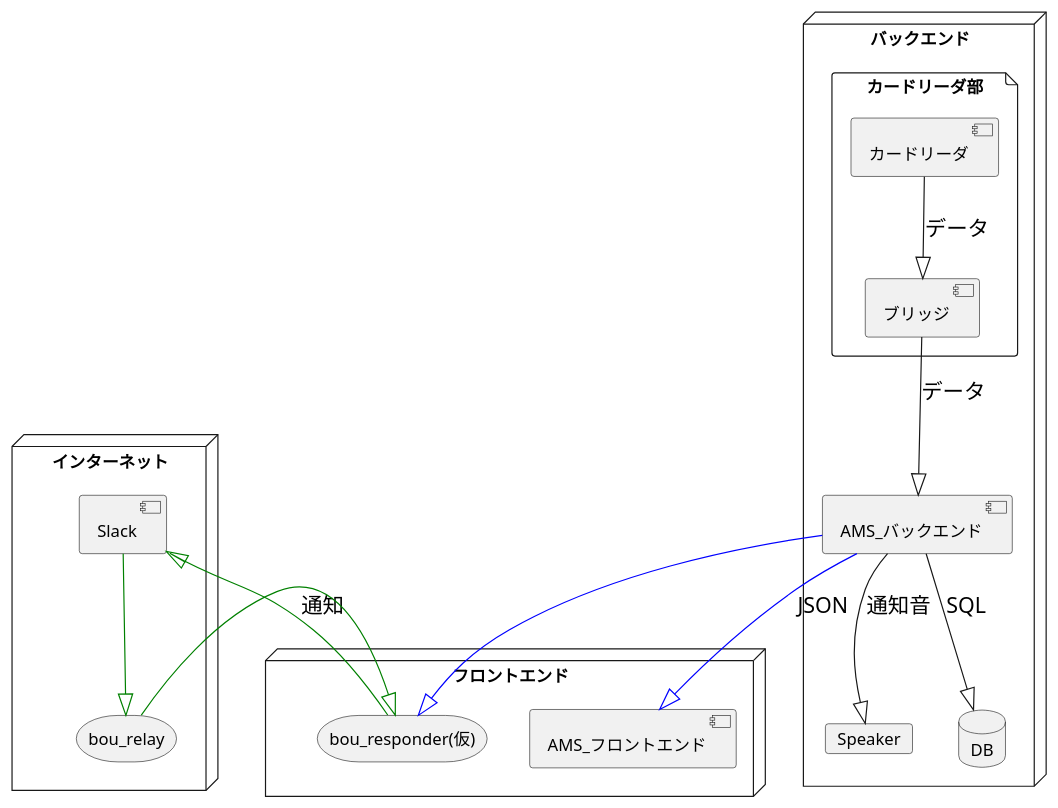
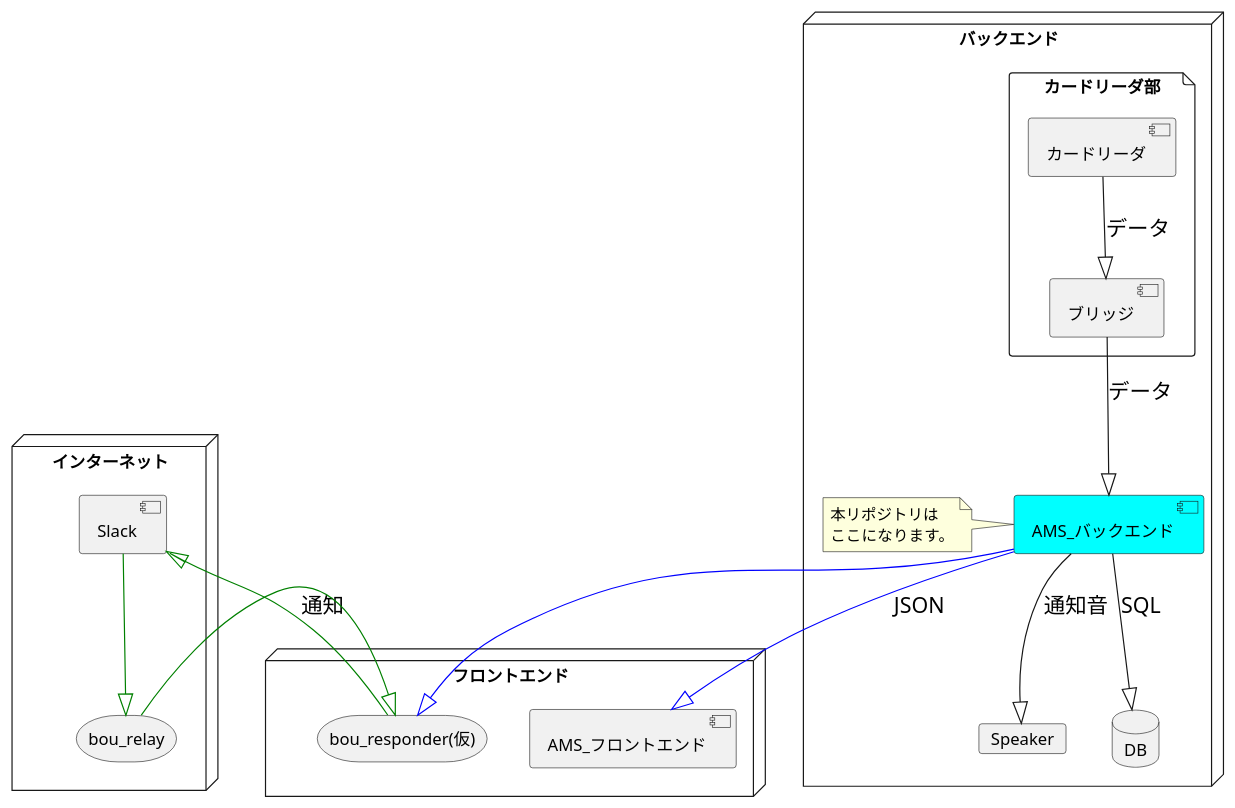
One commit to su-its/ams-backend changed the diagram in docs/PJ_map/AMS_API.puml. Above: the diagram before and after it, drawn with PlantUML.

Commit message:
バックエンドを分かりやすく書いた

```diff
--- a/docs/PJ_map/AMS_API.puml
+++ b/docs/PJ_map/AMS_API.puml
@@ -1,44 +1,45 @@
 @startuml AMS_API
 
 skinparam sequence {
     ArrowFontSize 18
 }
 
 node バックエンド {
     file カードリーダ部{
         [カードリーダ]
         [ブリッジ]
     }
-    [AMS_バックエンド]
+    [AMS_バックエンド] #Aqua
+    note left : 本リポジトリは\nここになります。
     database DB
     card Speaker
 }
 
 node フロントエンド {
     [AMS_フロントエンド]
     storage "bou_responder(仮)"
 }
 
 node インターネット {
     [Slack]
     storage bou_relay
 }
 
 フロントエンド-[hidden]up->インターネット
 
 ' カードリーダ&バックエンド部
 [カードリーダ] --^ [ブリッジ]: データ
 [ブリッジ] --^ [AMS_バックエンド]: データ
 [AMS_バックエンド] --^ DB: SQL
 [AMS_バックエンド] --^ Speaker: 通知音
 
 ' フロンドエンド部
 [AMS_バックエンド] -[#blue]-^ [AMS_フロントエンド]: JSON
 [AMS_バックエンド] -[#blue]-^ [bou_responder(仮)]
 
 ' インターネット部
 [bou_responder(仮)] -[#green]-^ [Slack]: 通知
 [Slack] -[#green]-^ [bou_relay]
 [bou_relay] -[#green]-^ [bou_responder(仮)]
 
 @enduml
```
